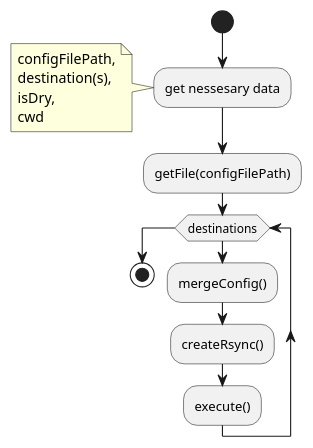
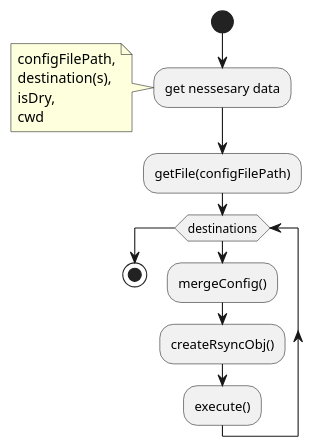
The diagram in plantuml/overview.activity.puml (lil5/rsynced), drawn with PlantUML before and after one commit. The commit also changed 1 other file, not shown here.

Commit message:
UML rename createRsyncObj

```diff
--- a/plantuml/overview.activity.puml
+++ b/plantuml/overview.activity.puml
@@ -1,17 +1,17 @@
 @startuml
 start
 :get nessesary data;
 note
 configFilePath,
 destination(s),
 isDry,
 cwd
 end note
 :getFile(configFilePath);
 while (destinations)
 :mergeConfig();
-:createRsync();
+:createRsyncObj();
 :execute();
 endwhile
 stop
 @enduml
```
